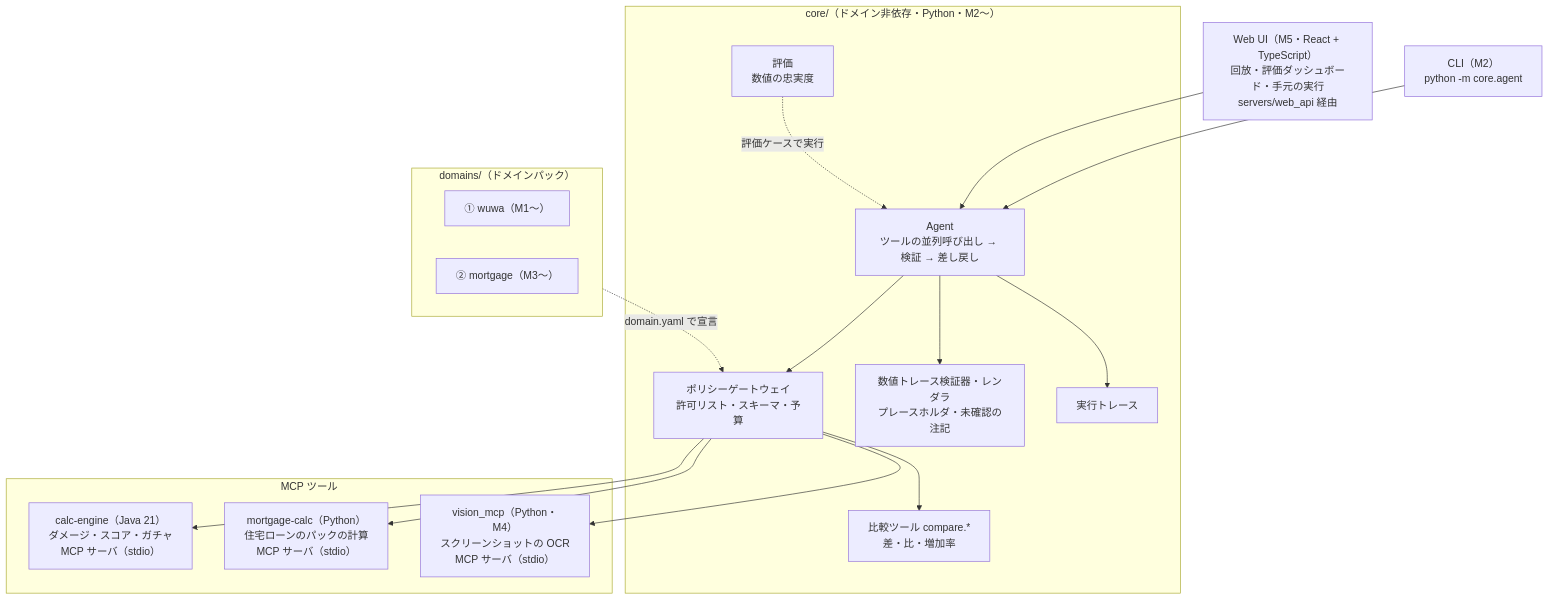
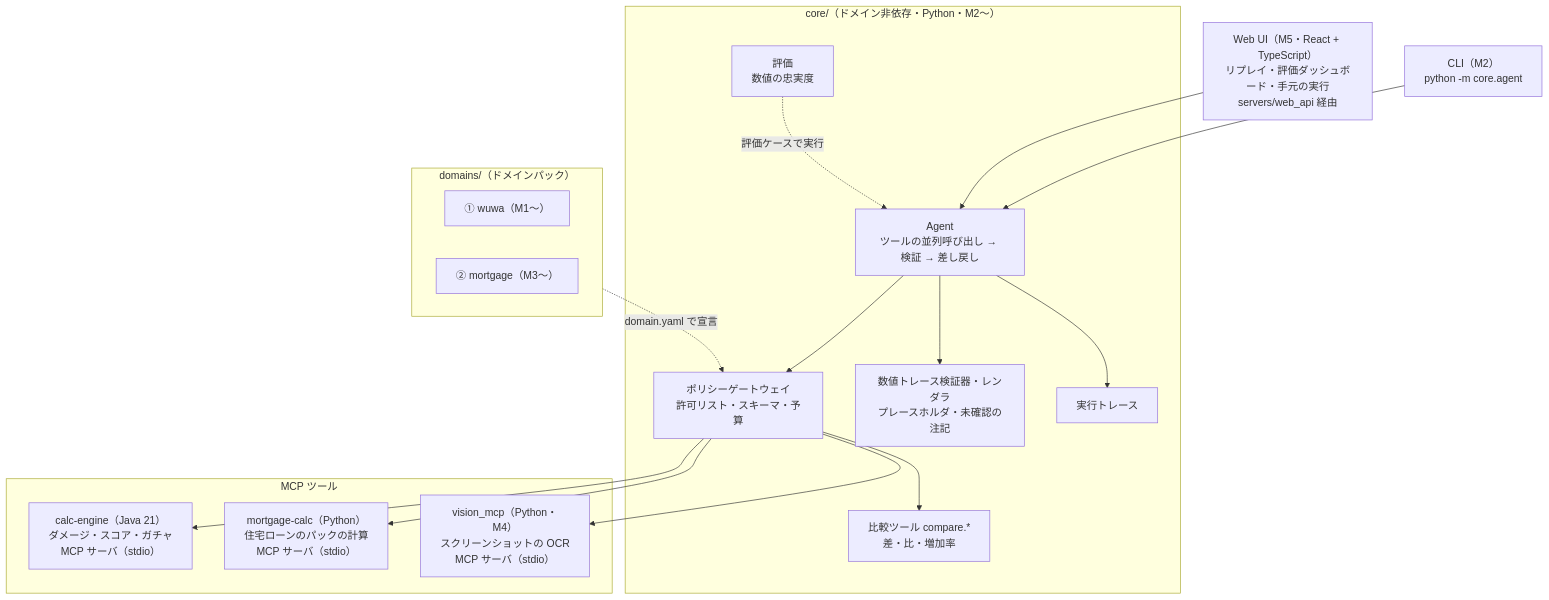
The first of 3 diagrams in docs/architecture.md (hexinlong9981/echolab), drawn with Mermaid before and after one commit. The commit also changed other lines of this file and 25 other files, not shown here.

````diff
--- a/docs/architecture.md
+++ b/docs/architecture.md
@@ -11,30 +11,30 @@
 ```mermaid
 flowchart TB
   CLI["CLI（M2）<br/>python -m core.agent"]
-  UI["Web UI（M5・React + TypeScript）<br/>回放・評価ダッシュボード・手元の実行<br/>servers/web_api 経由"]
+  UI["Web UI（M5・React + TypeScript）<br/>リプレイ・評価ダッシュボード・手元の実行<br/>servers/web_api 経由"]
   subgraph core["core/（ドメイン非依存・Python・M2〜）"]
     AG["Agent<br/>ツールの並列呼び出し → 検証 → 差し戻し"]
     GW["ポリシーゲートウェイ<br/>許可リスト・スキーマ・予算"]
     VF["数値トレース検証器・レンダラ<br/>プレースホルダ・未確認の注記"]
     CMP["比較ツール compare.*<br/>差・比・増加率"]
     EV["評価<br/>数値の忠実度"]
     TR["実行トレース"]
   end
   subgraph tools["MCP ツール"]
     CE["calc-engine（Java 21）<br/>ダメージ・スコア・ガチャ<br/>MCP サーバ（stdio）"]
     MC["mortgage-calc（Python）<br/>住宅ローンのパックの計算<br/>MCP サーバ（stdio）"]
     VM["vision_mcp（Python・M4）<br/>スクリーンショットの OCR<br/>MCP サーバ（stdio）"]
   end
   subgraph domains["domains/（ドメインパック）"]
     D1["① wuwa（M1〜）"]
     D3["② mortgage（M3〜）"]
   end
   CLI --> AG
   UI --> AG
   AG --> GW --> CE & MC & CMP & VM
   AG --> VF
   AG --> TR
   domains -. "domain.yaml で宣言" .-> GW
   EV -. "評価ケースで実行" .-> AG
 
 ```
````
